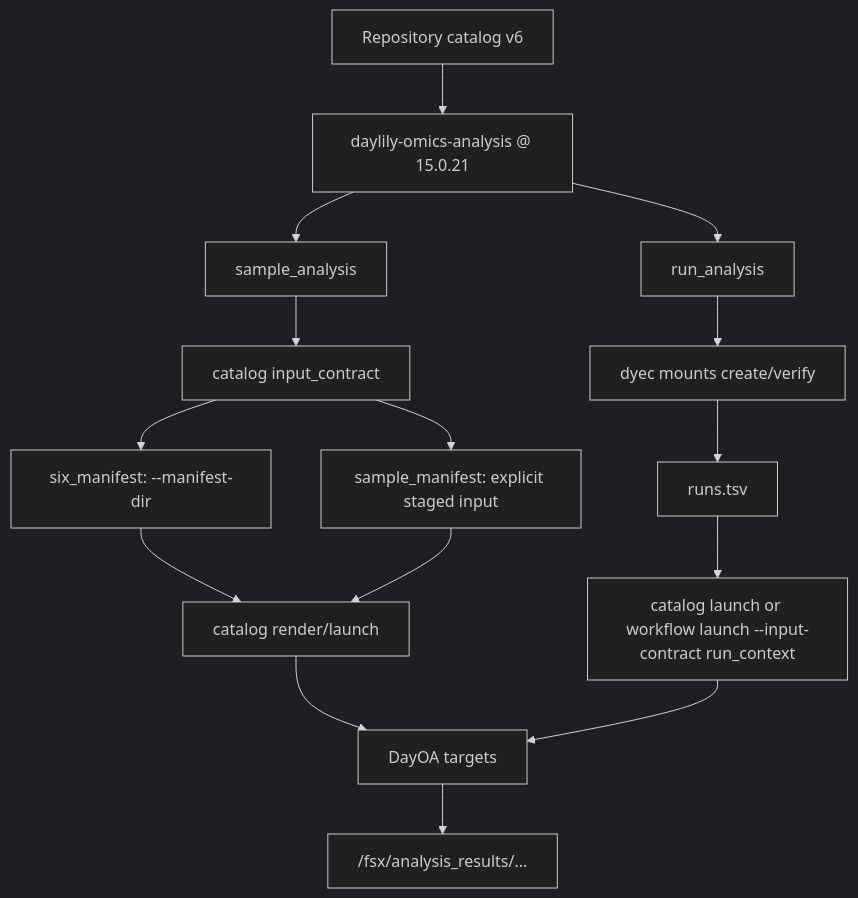
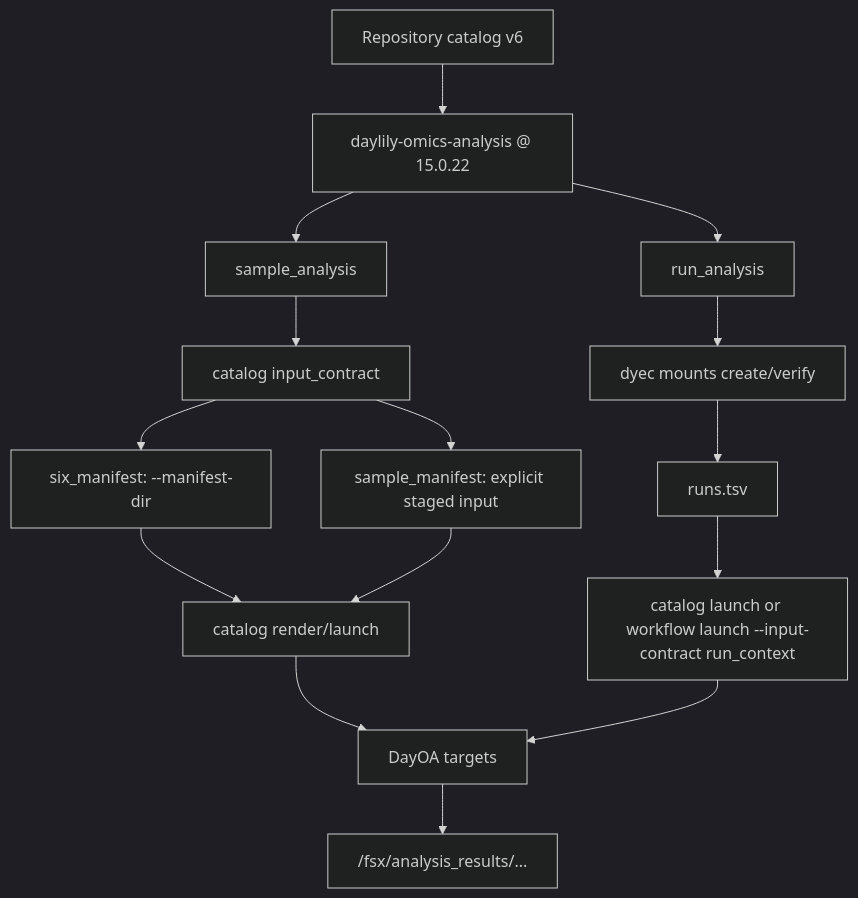
The third of 3 diagrams in docs/dra_fsx_strategy.md (Daylily-Informatics/daylily-ephemeral-cluster), drawn with Mermaid (dark theme) before and after one commit. The commit also changed other lines of this file and 24 other files, not shown here.

````diff
--- a/docs/dra_fsx_strategy.md
+++ b/docs/dra_fsx_strategy.md
@@ -110,20 +110,20 @@
 ```mermaid
 flowchart TB
-  Catalog["Repository catalog v6"] --> Repo["daylily-omics-analysis @ 15.0.21"]
+  Catalog["Repository catalog v6"] --> Repo["daylily-omics-analysis @ 15.0.22"]
   Repo --> Sample["sample_analysis"]
   Repo --> Run["run_analysis"]
 
   Sample --> Contract["catalog input_contract"]
   Contract --> Six["six_manifest: --manifest-dir"]
   Contract --> Legacy["sample_manifest: explicit staged input"]
   Six --> LaunchA["catalog render/launch"]
   Legacy --> LaunchA
 
   Run --> Mount["dyec mounts create/verify"]
   Mount --> Runs["runs.tsv"]
   Runs --> LaunchB["catalog launch or workflow launch --input-contract run_context"]
 
   LaunchA --> DayOA["DayOA targets"]
   LaunchB --> DayOA
   DayOA --> Results["/fsx/analysis_results/..."]
 ```
````
